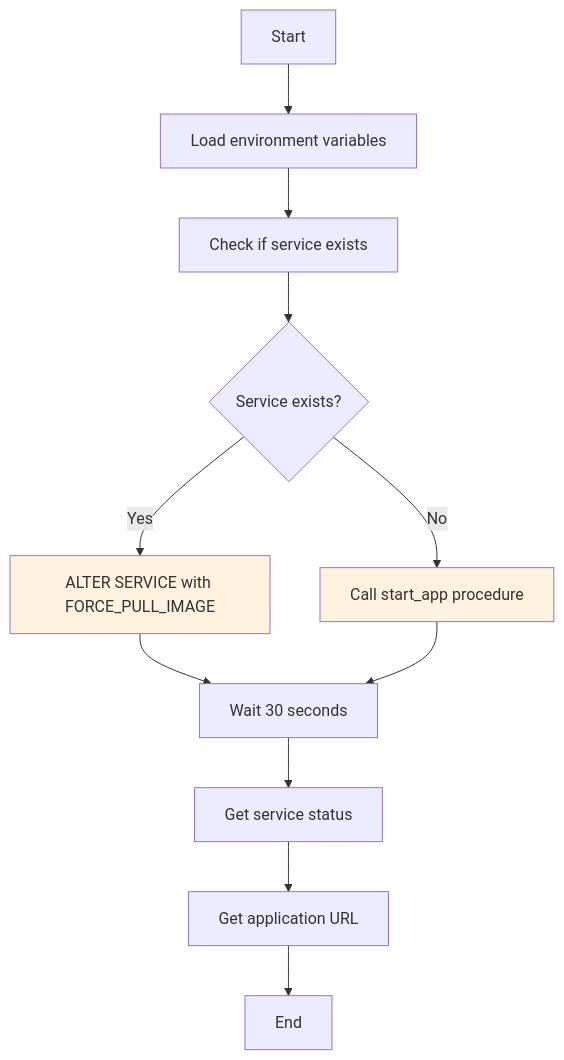
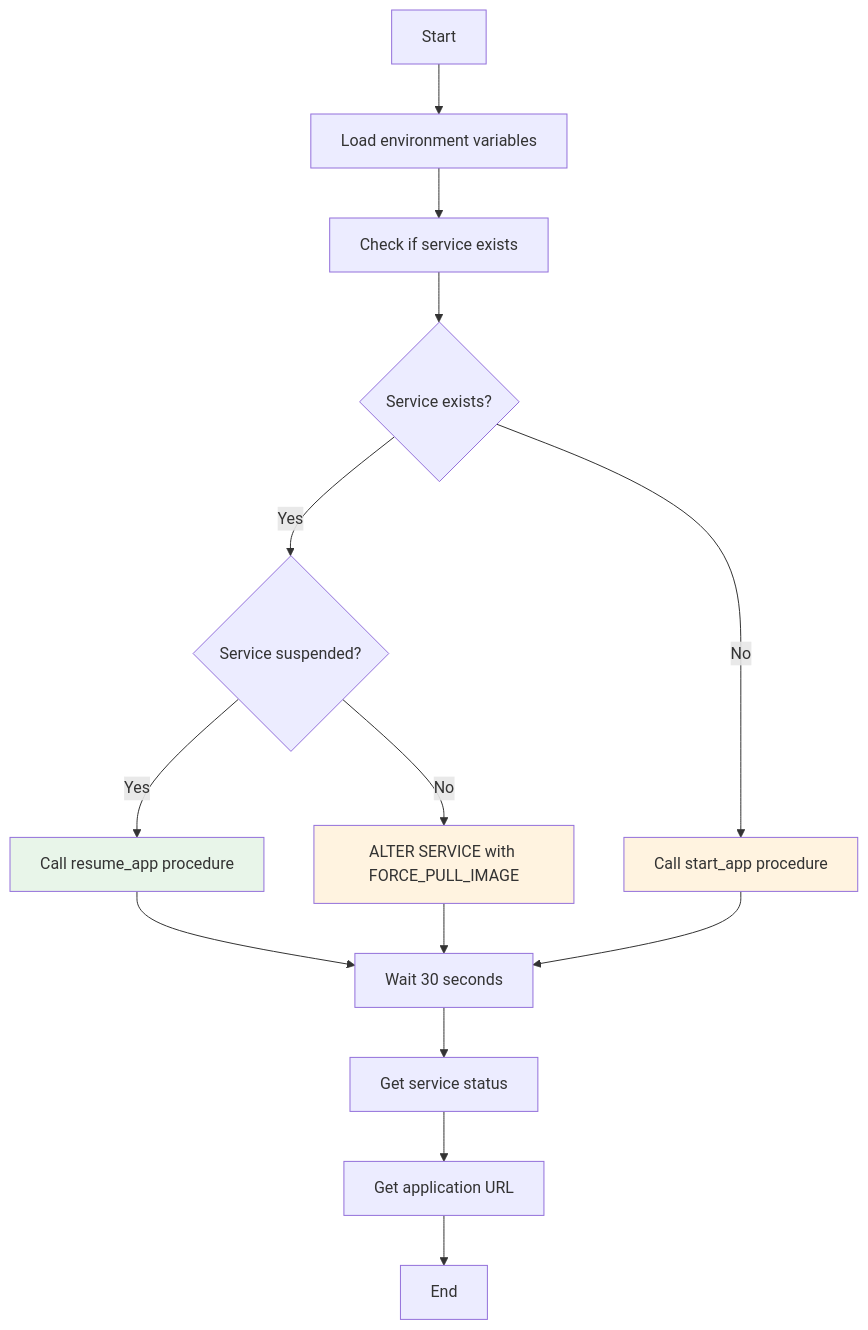
The fourth of 7 diagrams in docs/PIPELINE_DIAGRAM.md (BLEND360/blendx-sfguide-mktplace), drawn with Mermaid before and after one commit. The commit also changed other lines of this file and 6 other files, not shown here.

````diff
--- a/docs/PIPELINE_DIAGRAM.md
+++ b/docs/PIPELINE_DIAGRAM.md
@@ -136,21 +136,26 @@
 ```mermaid
 flowchart TB
     R1[Start]
     R2[Load environment variables]
     R3[Check if service exists]
     R4{Service exists?}
-    R5[ALTER SERVICE with FORCE_PULL_IMAGE]
-    R6[Call start_app procedure]
-    R7[Wait 30 seconds]
-    R8[Get service status]
-    R9[Get application URL]
-    R10[End]
+    R5{Service suspended?}
+    R6[Call resume_app procedure]
+    R7[ALTER SERVICE with FORCE_PULL_IMAGE]
+    R8[Call start_app procedure]
+    R9[Wait 30 seconds]
+    R10[Get service status]
+    R11[Get application URL]
+    R12[End]
 
     R1 --> R2 --> R3 --> R4
-    R4 -->|Yes| R5 --> R7
-    R4 -->|No| R6 --> R7
-    R7 --> R8 --> R9 --> R10
+    R4 -->|Yes| R5
+    R5 -->|Yes| R6 --> R9
+    R5 -->|No| R7 --> R9
+    R4 -->|No| R8 --> R9
+    R9 --> R10 --> R11 --> R12
 
-    style R5 fill:#fff3e0
-    style R6 fill:#fff3e0
+    style R6 fill:#e8f5e9
+    style R7 fill:#fff3e0
+    style R8 fill:#fff3e0
 ```
````
